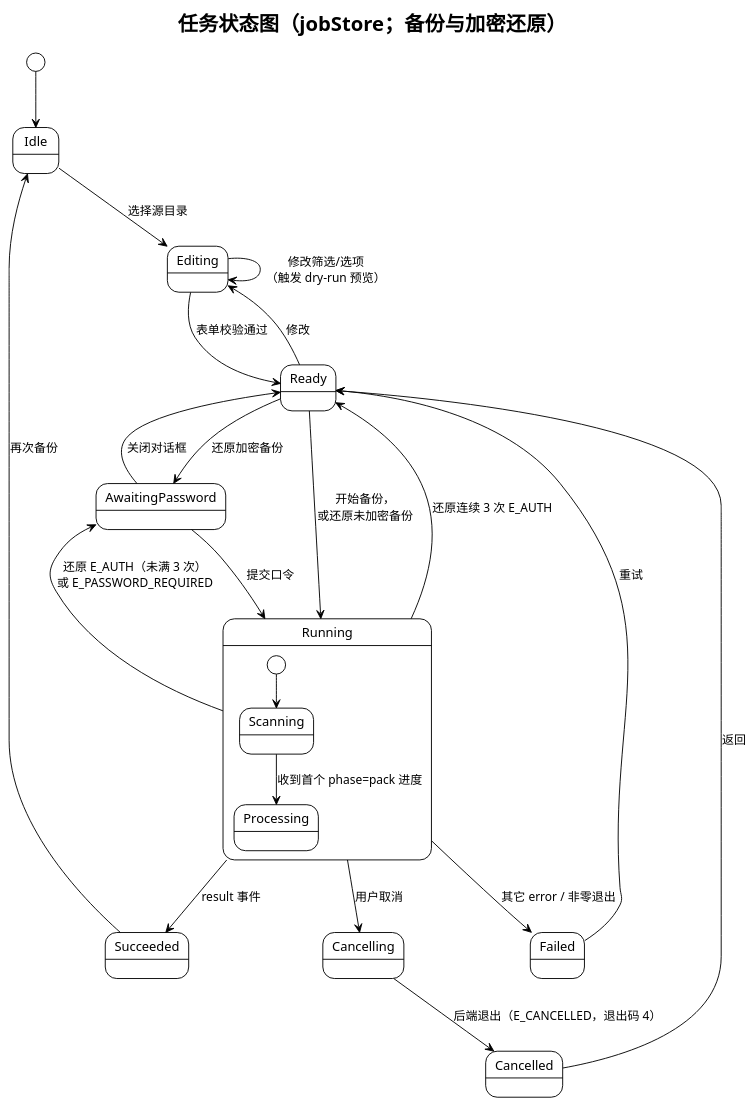
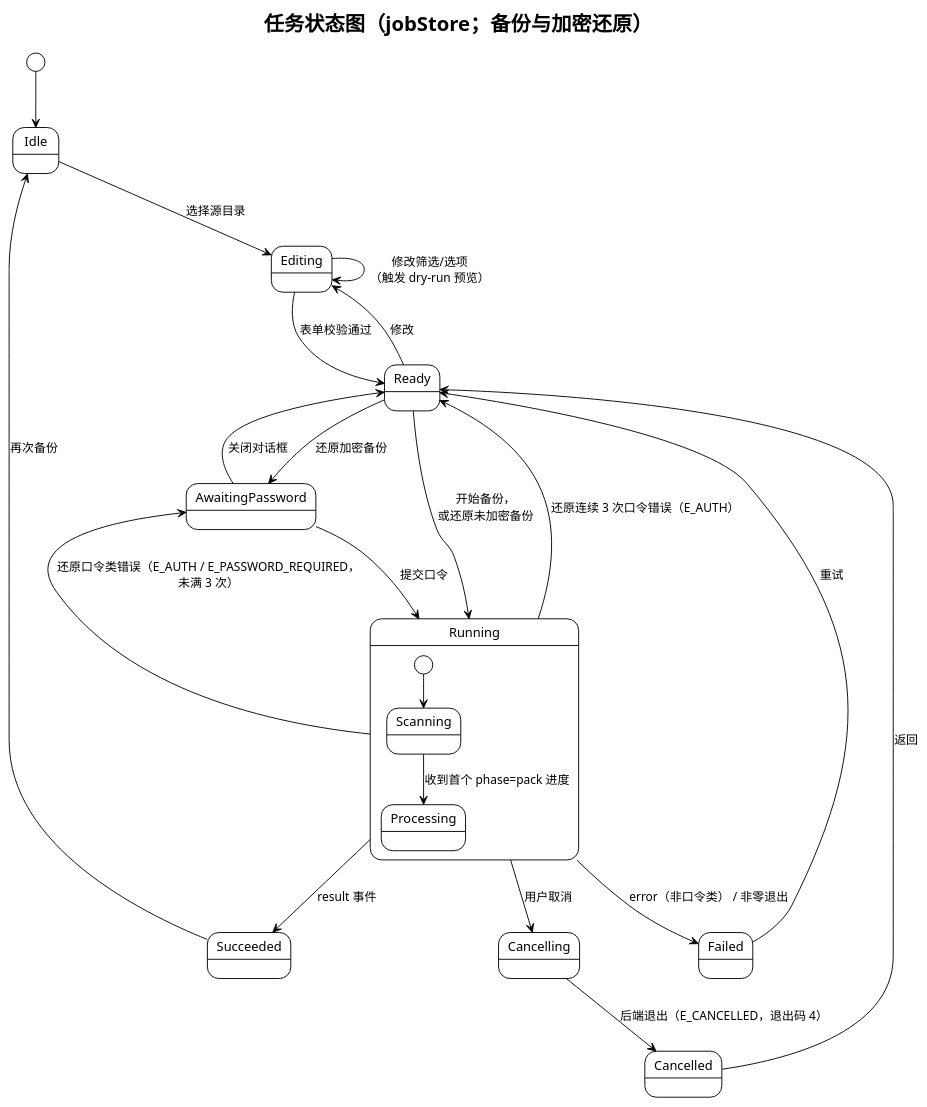
The diagram in docs/deliverables/diagrams/state-backup-job.puml (Piaoxuemoli/software-class-qoobeewang), drawn with PlantUML before and after one commit. The commit also changed 8 other files, not shown here.

First line of the commit message:
docs: 1028 二轮复核修正图源与文档口径

```diff
--- a/docs/deliverables/diagrams/state-backup-job.puml
+++ b/docs/deliverables/diagrams/state-backup-job.puml
@@ -1,28 +1,28 @@
 @startuml state-backup-job
 !theme plain
 title 任务状态图（jobStore；备份与加密还原）
 
 [*] --> Idle
 Idle --> Editing : 选择源目录
 Editing --> Editing : 修改筛选/选项\n（触发 dry-run 预览）
 Editing --> Ready : 表单校验通过
 Ready --> Editing : 修改
 Ready --> Running : 开始备份，\n或还原未加密备份
 Ready --> AwaitingPassword : 还原加密备份
 AwaitingPassword --> Running : 提交口令
 AwaitingPassword --> Ready : 关闭对话框
 
 state Running {
   [*] --> Scanning
   Scanning --> Processing : 收到首个 phase=pack 进度
 }
 Running --> Cancelling : 用户取消
 Cancelling --> Cancelled : 后端退出（E_CANCELLED，退出码 4）
 Running --> Succeeded : result 事件
-Running --> Failed : 其它 error / 非零退出
-Running --> AwaitingPassword : 还原 E_AUTH（未满 3 次）\n或 E_PASSWORD_REQUIRED
-Running --> Ready : 还原连续 3 次 E_AUTH
+Running --> Failed : error（非口令类） / 非零退出
+Running --> AwaitingPassword : 还原口令类错误（E_AUTH / E_PASSWORD_REQUIRED，\n未满 3 次）
+Running --> Ready : 还原连续 3 次口令错误（E_AUTH）
 Succeeded --> Idle : 再次备份
 Failed --> Ready : 重试
 Cancelled --> Ready : 返回
 @enduml
```
